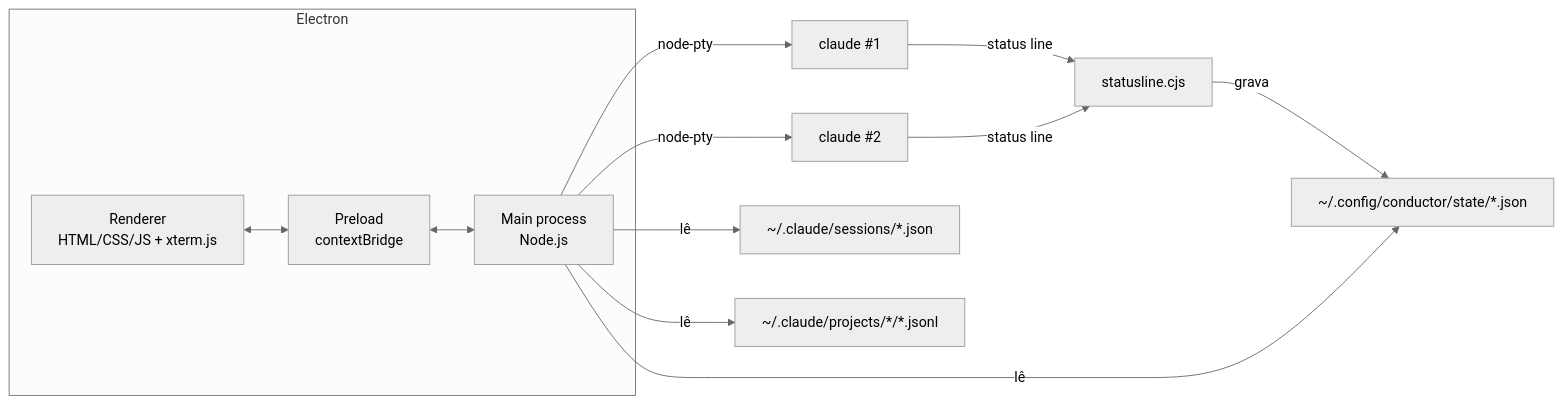
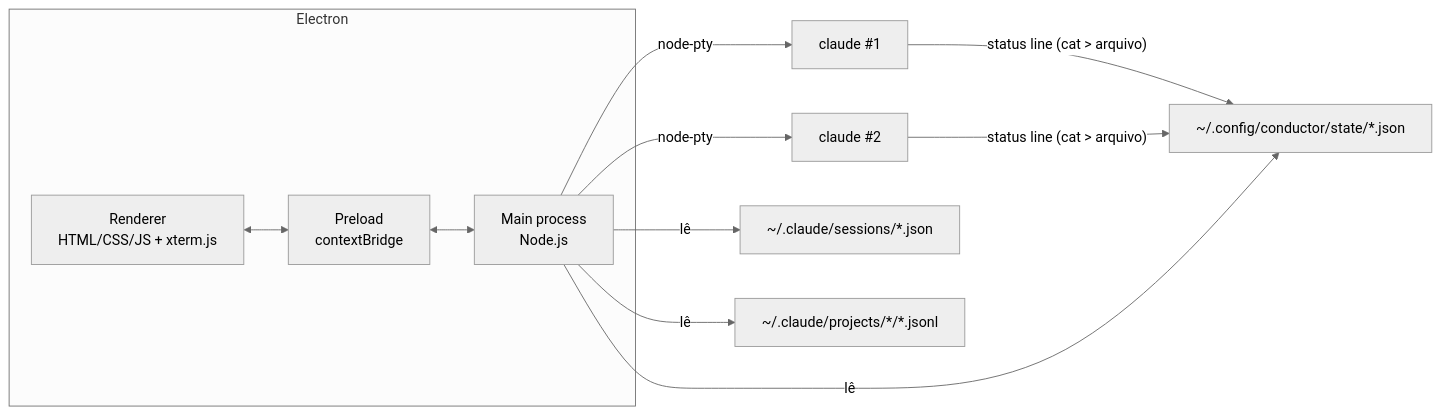
The diagram in docs/arquitetura.md (ossamumaeda/conductor), drawn with Mermaid (neutral theme) before and after one commit. The commit also changed other lines of this file and 16 other files, not shown here.

````diff
--- a/docs/arquitetura.md
+++ b/docs/arquitetura.md
@@ -5,16 +5,15 @@
 ```mermaid
 flowchart LR
   subgraph Electron
     R[Renderer<br/>HTML/CSS/JS + xterm.js]
     P[Preload<br/>contextBridge]
     M[Main process<br/>Node.js]
   end
   M -- node-pty --> C1[claude #1]
   M -- node-pty --> C2[claude #2]
   M -- lê --> S[~/.claude/sessions/*.json]
   M -- lê --> J[~/.claude/projects/*/*.jsonl]
-  C1 & C2 -- status line --> SL[statusline.cjs]
-  SL -- grava --> ST[~/.config/conductor/state/*.json]
+  C1 & C2 -- status line (cat > arquivo) --> ST[~/.config/conductor/state/*.json]
   M -- lê --> ST
   R <--> P <--> M
 ```
````
